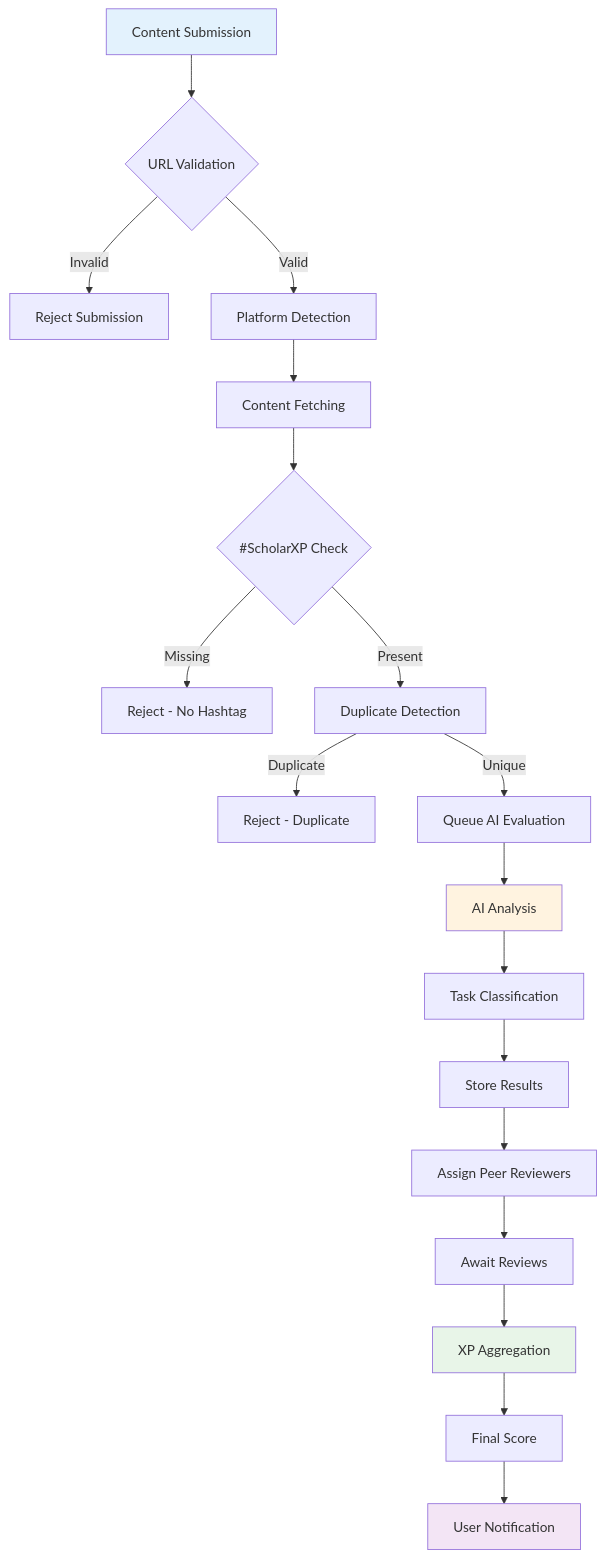
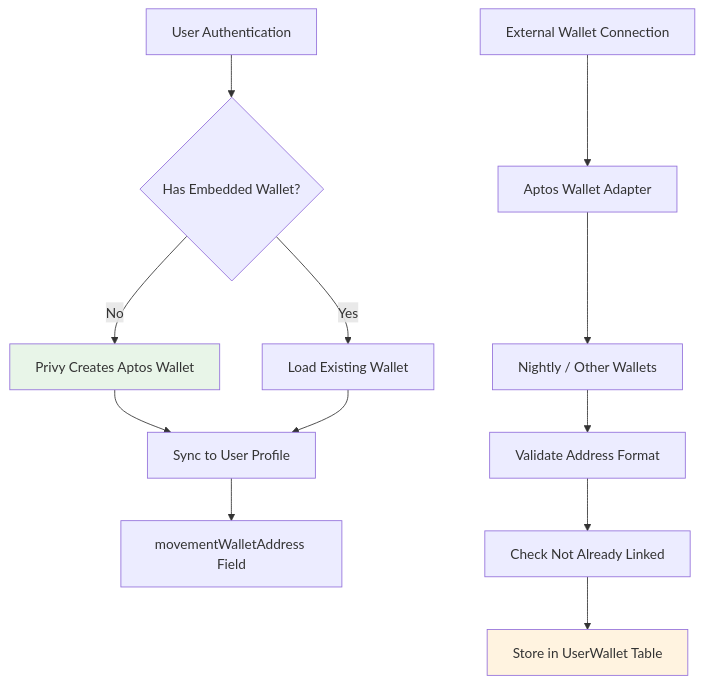
Before and after one commit to dimzachar/ScholarsXP: the third of 8 diagrams in ARCHITECTURE.md, drawn with Mermaid. The commit also changed other lines of this file, not shown here.

First line of the commit message:
docs: update architecture documentation with blockchain and wallet integration

````diff
--- a/ARCHITECTURE.md
+++ b/ARCHITECTURE.md
@@ -162,25 +148,18 @@
 ```mermaid
 flowchart TD
-    A[Content Submission] --> B{URL Validation}
-    B -->|Invalid| C[Reject Submission]
-    B -->|Valid| D[Platform Detection]
-    D --> E[Content Fetching]
-    E --> F{#ScholarXP Check}
-    F -->|Missing| G[Reject - No Hashtag]
-    F -->|Present| H[Duplicate Detection]
-    H -->|Duplicate| I[Reject - Duplicate]
-    H -->|Unique| J[Queue AI Evaluation]
-    J --> K[AI Analysis]
-    K --> L[Task Classification]
-    L --> M[Store Results]
-    M --> N[Assign Peer Reviewers]
-    N --> O[Await Reviews]
-    O --> P[XP Aggregation]
-    P --> Q[Final Score]
-    Q --> R[User Notification]
+    A[User Authentication] --> B{Has Embedded Wallet?}
+    B -->|No| C[Privy Creates Aptos Wallet]
+    B -->|Yes| D[Load Existing Wallet]
+    C --> E[Sync to User Profile]
+    D --> E
+    E --> F[movementWalletAddress Field]
     
-    style A fill:#e3f2fd
-    style K fill:#fff3e0
-    style P fill:#e8f5e8
-    style R fill:#f3e5f5
+    G[External Wallet Connection] --> H[Aptos Wallet Adapter]
+    H --> I[Nightly / Other Wallets]
+    I --> J[Validate Address Format]
+    J --> K[Check Not Already Linked]
+    K --> L[Store in UserWallet Table]
+    
+    style C fill:#e8f5e8
+    style L fill:#fff3e0
 ```
````
